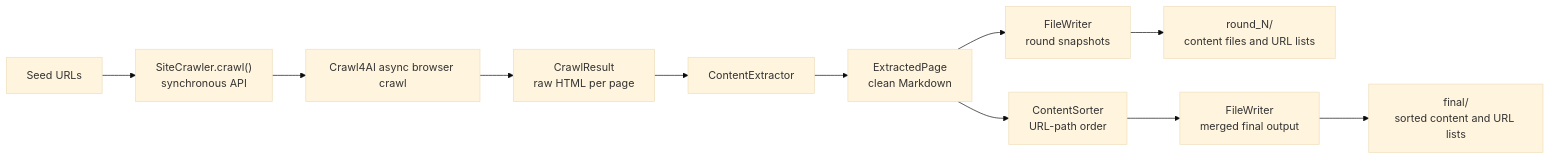
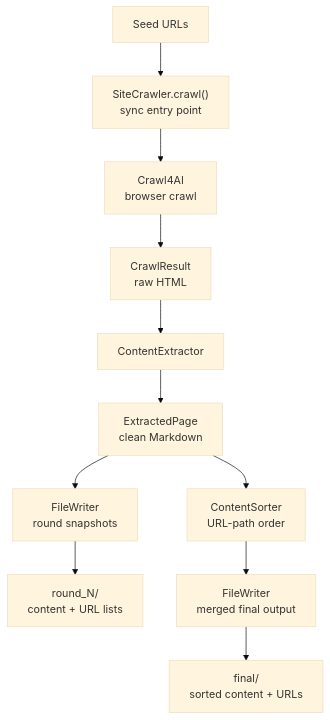
One commit to prakosd/rag-playground changed the third of 9 diagrams in README.md. Above: the diagram before and after it, drawn with Mermaid (base theme). The commit also changed other lines of this file and 1 other file, not shown here.

Commit message:
refactor: update flowchart diagrams for improved clarity and organization in README files

````diff
--- a/README.md
+++ b/README.md
@@ -226,13 +215,15 @@
 ```mermaid
-flowchart LR
-  Seeds["Seed URLs"] --> SiteCrawler["SiteCrawler.crawl()<br/>synchronous API"]
-  SiteCrawler --> Crawl4AI["Crawl4AI async browser crawl"]
-  Crawl4AI --> CrawlResult["CrawlResult<br/>raw HTML per page"]
+flowchart TD
+  Seeds["Seed URLs"] --> SiteCrawler["SiteCrawler.crawl()<br/>sync entry point"]
+  SiteCrawler --> Crawl4AI["Crawl4AI<br/>browser crawl"]
+  Crawl4AI --> CrawlResult["CrawlResult<br/>raw HTML"]
   CrawlResult --> Extractor["ContentExtractor"]
   Extractor --> ExtractedPage["ExtractedPage<br/>clean Markdown"]
+
   ExtractedPage --> RoundWriter["FileWriter<br/>round snapshots"]
-  RoundWriter --> RoundFiles["round_N/<br/>content files and URL lists"]
+  RoundWriter --> RoundFiles["round_N/<br/>content + URL lists"]
+
   ExtractedPage --> Sorter["ContentSorter<br/>URL-path order"]
   Sorter --> FinalWriter["FileWriter<br/>merged final output"]
-  FinalWriter --> FinalFiles["final/<br/>sorted content and URL lists"]
+  FinalWriter --> FinalFiles["final/<br/>sorted content + URLs"]
 ```
````
